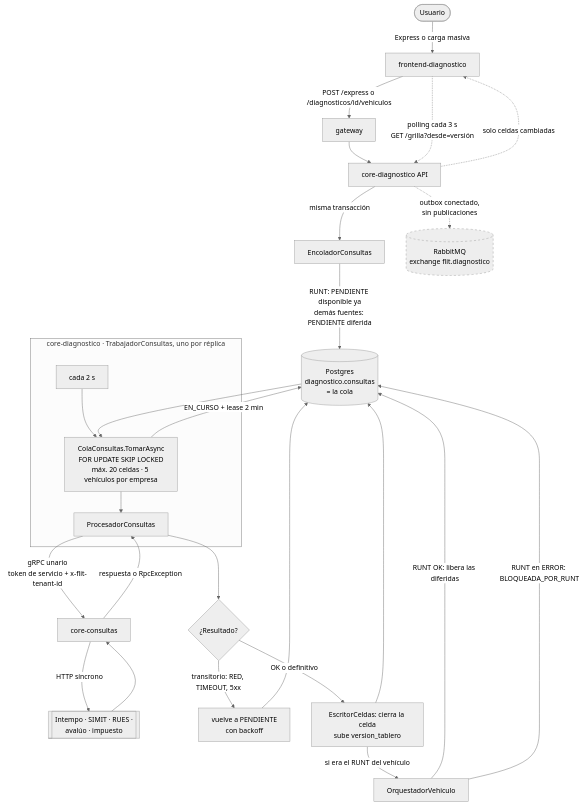
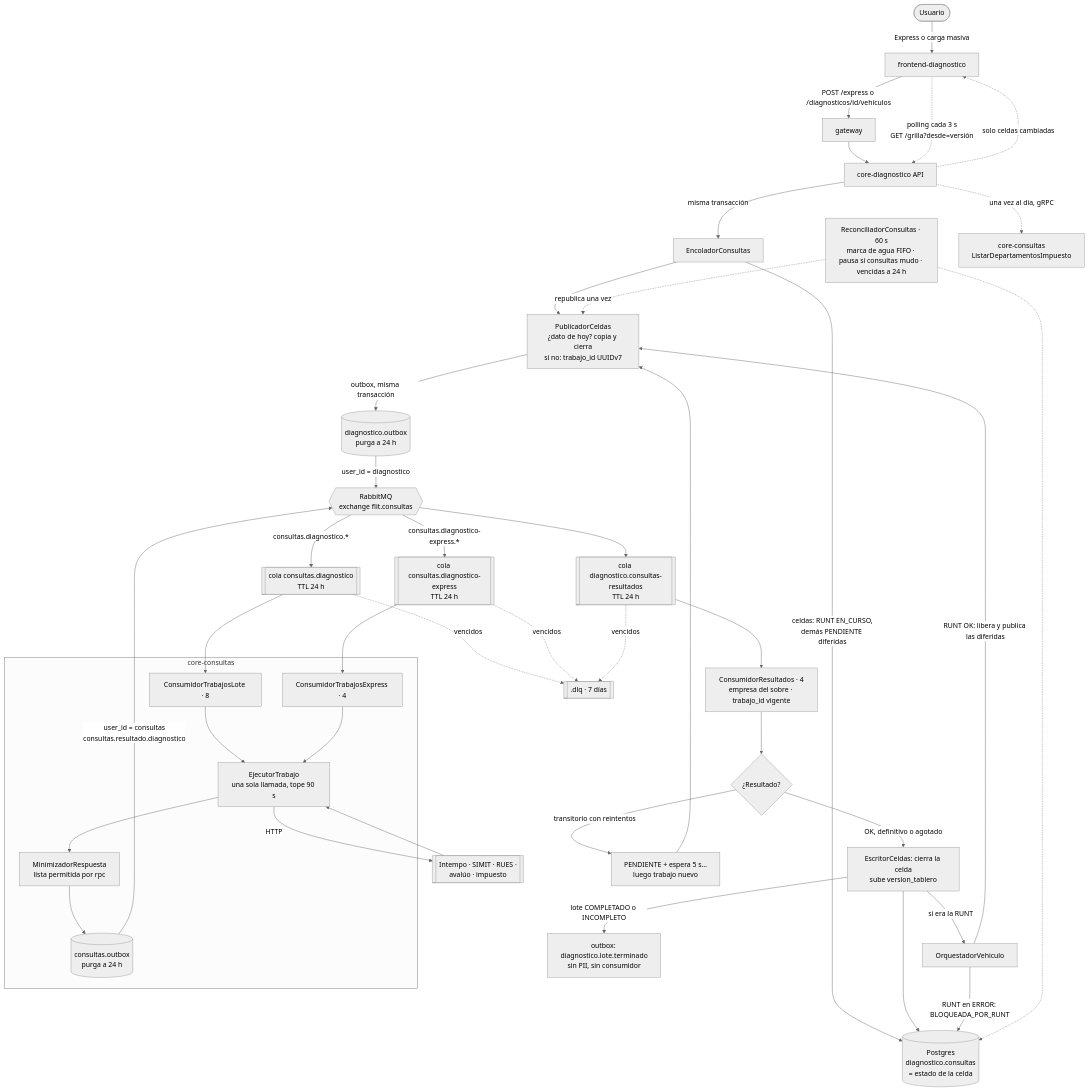
Before and after one commit to flitsas/flit: the first of 2 diagrams in docs/diagnosticos/revision-validacion-manual-2026-10-26.md, drawn with Mermaid (neutral theme). The commit also changed other lines of this file and 3 other files, not shown here.

````diff
--- a/docs/diagnosticos/revision-validacion-manual-2026-10-26.md
+++ b/docs/diagnosticos/revision-validacion-manual-2026-10-26.md
@@ -192,35 +231,50 @@
 ```mermaid
 flowchart TD
     U([Usuario]) -->|Express o carga masiva| FE[frontend-diagnostico]
     FE -->|POST /express o /diagnosticos/id/vehiculos| GW[gateway]
     GW --> API[core-diagnostico API]
 
     API -->|misma transacción| ENC[EncoladorConsultas]
-    ENC -->|RUNT: PENDIENTE disponible ya<br/>demás fuentes: PENDIENTE diferida| Q[(Postgres<br/>diagnostico.consultas<br/>= la cola)]
+    ENC -->|celdas: RUNT EN_CURSO,<br/>demás PENDIENTE diferidas| DB[(Postgres<br/>diagnostico.consultas<br/>= estado de la celda)]
+    ENC --> PUB[PublicadorCeldas<br/>¿dato de hoy? copia y cierra<br/>si no: trabajo_id UUIDv7]
+    PUB -->|outbox, misma transacción| OBD[(diagnostico.outbox<br/>purga a 24 h)]
 
-    subgraph W[core-diagnostico · TrabajadorConsultas, uno por réplica]
-        T[cada 2 s] --> TOMA[ColaConsultas.TomarAsync<br/>FOR UPDATE SKIP LOCKED<br/>máx. 20 celdas · 5 vehículos por empresa]
-        TOMA --> PROC[ProcesadorConsultas]
+    OBD -->|user_id = diagnostico| X1{{RabbitMQ<br/>exchange flit.consultas}}
+    X1 -->|consultas.diagnostico.*| QL[[cola consultas.diagnostico<br/>TTL 24 h]]
+    X1 -->|consultas.diagnostico-express.*| QE[[cola consultas.diagnostico-express<br/>TTL 24 h]]
+
+    subgraph CC[core-consultas]
+        CL[ConsumidorTrabajosLote · 8] --> EJ[EjecutorTrabajo<br/>una sola llamada, tope 90 s]
+        CE[ConsumidorTrabajosExpress · 4] --> EJ
+        EJ --> MIN[MinimizadorRespuesta<br/>lista permitida por rpc]
+        MIN --> OBC[(consultas.outbox<br/>purga a 24 h)]
     end
-    Q --> TOMA
-    TOMA -->|EN_CURSO + lease 2 min| Q
+    QL --> CL
+    QE --> CE
+    EJ -->|HTTP| EXT[[Intempo · SIMIT · RUES ·<br/>avalúo · impuesto]]
+    EXT --> EJ
 
-    PROC -->|gRPC unario<br/>token de servicio + x-flit-tenant-id| CC[core-consultas]
-    CC -->|HTTP síncrono| EXT[[Intempo · SIMIT · RUES ·<br/>avalúo · impuesto]]
-    EXT --> CC
-    CC -->|respuesta o RpcException| PROC
+    OBC -->|user_id = consultas<br/>consultas.resultado.diagnostico| X1
+    X1 --> QR[[cola diagnostico.consultas-resultados<br/>TTL 24 h]]
+    QR --> CR[ConsumidorResultados · 4<br/>empresa del sobre · trabajo_id vigente]
 
-    PROC --> DEC{¿Resultado?}
-    DEC -->|transitorio: RED, TIMEOUT, 5xx| RET[vuelve a PENDIENTE<br/>con backoff] --> Q
-    DEC -->|OK o definitivo| ESC[EscritorCeldas: cierra la celda<br/>sube version_tablero] --> Q
-    ESC -->|si era el RUNT del vehículo| ORQ[OrquestadorVehiculo]
-    ORQ -->|RUNT OK: libera las diferidas| Q
-    ORQ -->|RUNT en ERROR: BLOQUEADA_POR_RUNT| Q
+    CR --> DEC{¿Resultado?}
+    DEC -->|transitorio con reintentos| RET[PENDIENTE + espera 5 s…<br/>luego trabajo nuevo] --> PUB
+    DEC -->|OK, definitivo o agotado| ESC[EscritorCeldas: cierra la celda<br/>sube version_tablero] --> DB
+    ESC -->|si era la RUNT| ORQ[OrquestadorVehiculo]
+    ORQ -->|RUNT OK: libera y publica las diferidas| PUB
+    ORQ -->|RUNT en ERROR: BLOQUEADA_POR_RUNT| DB
+    ESC -->|lote COMPLETADO o INCOMPLETO| LT[outbox: diagnostico.lote.terminado<br/>sin PII, sin consumidor]
+
+    REC[ReconciliadorConsultas · 60 s<br/>marca de agua FIFO · pausa si consultas mudo · vencidas a 24 h] -.-> DB
+    REC -.->|republica una vez| PUB
+
+    QL -. vencidos .-> DLQ[[.dlq · 7 días]]
+    QE -. vencidos .-> DLQ
+    QR -. vencidos .-> DLQ
+
+    API -.->|una vez al día, gRPC| LDI[core-consultas<br/>ListarDepartamentosImpuesto]
 
     FE -.->|polling cada 3 s<br/>GET /grilla?desde=versión| API
     API -.->|solo celdas cambiadas| FE
-
-    MQ[(RabbitMQ<br/>exchange flit.diagnostico)]
-    API -. outbox conectado,<br/>sin publicaciones .-> MQ
-    style MQ stroke-dasharray: 5 5
 ```
````
